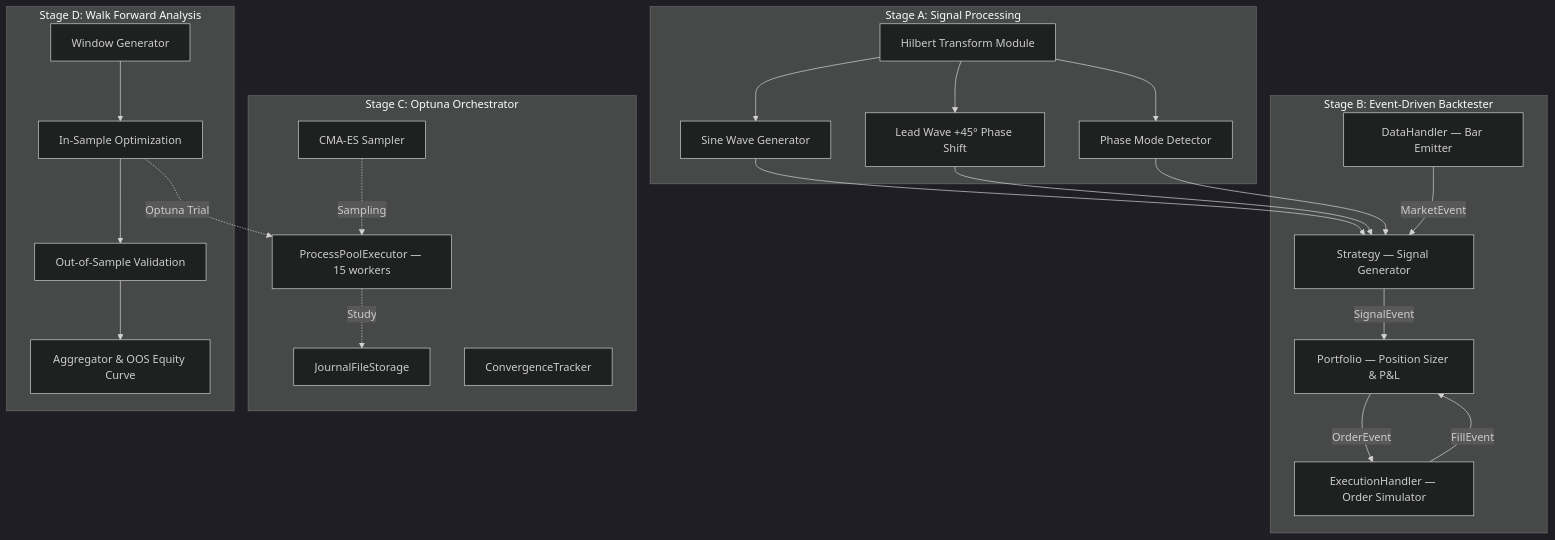
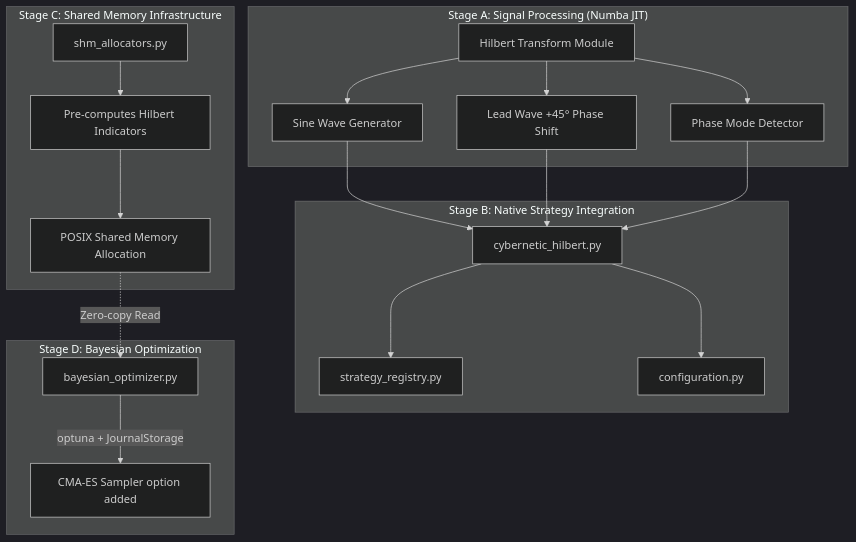
The diagram in docs/recherches/Cybernetic_Trading_Strategies/implementation_plan.md (ki2pixel/trading_automation), drawn with Mermaid (dark theme) before and after one commit. The commit also changed other lines of this file and 14 other files, not shown here.

Commit message:
feat: Add Cybernetic Hilbert strategy and Ehlers' Hilbert Transform indicator

````diff
--- a/docs/recherches/Cybernetic_Trading_Strategies/implementation_plan.md
+++ b/docs/recherches/Cybernetic_Trading_Strategies/implementation_plan.md
@@ -41,43 +21,35 @@
 ```mermaid
 graph TB
-    subgraph "Stage A: Signal Processing"
+    subgraph "Stage A: Signal Processing (Numba JIT)"
         HT[Hilbert Transform Module]
         SW[Sine Wave Generator]
         LW[Lead Wave +45° Phase Shift]
         PM[Phase Mode Detector]
     end
 
-    subgraph "Stage B: Event-Driven Backtester"
-        DH[DataHandler — Bar Emitter]
-        SG[Strategy — Signal Generator]
-        PF[Portfolio — Position Sizer & P&L]
-        EH[ExecutionHandler — Order Simulator]
+    subgraph "Stage B: Native Strategy Integration"
+        SG[cybernetic_hilbert.py]
+        SR[strategy_registry.py]
+        CF[configuration.py]
     end
 
-    subgraph "Stage C: Optuna Orchestrator"
-        JS[JournalFileStorage]
-        CS[CMA-ES Sampler]
-        PP[ProcessPoolExecutor — 15 workers]
-        CT[ConvergenceTracker]
+    subgraph "Stage C: Shared Memory Infrastructure"
+        SHM[shm_allocators.py]
+        PRE[Pre-computes Hilbert Indicators]
+        P[POSIX Shared Memory Allocation]
     end
 
-    subgraph "Stage D: Walk Forward Analysis"
-        WG[Window Generator]
-        IS[In-Sample Optimization]
-        OS[Out-of-Sample Validation]
-        AG[Aggregator & OOS Equity Curve]
+    subgraph "Stage D: Bayesian Optimization"
+        BO[bayesian_optimizer.py]
+        CS[CMA-ES Sampler option added]
     end
 
     HT --> SW --> SG
     HT --> LW --> SG
     HT --> PM --> SG
-    DH -->|MarketEvent| SG
-    SG -->|SignalEvent| PF
-    PF -->|OrderEvent| EH
-    EH -->|FillEvent| PF
-
-    WG --> IS --> OS --> AG
-    IS -.->|Optuna Trial| PP
-    PP -.->|Study| JS
-    CS -.->|Sampling| PP
+    SG --> SR
+    SG --> CF
+    SHM --> PRE --> P
+    P -.->|Zero-copy Read| BO
+    BO -->|optuna + JournalStorage| CS
 ```
````
